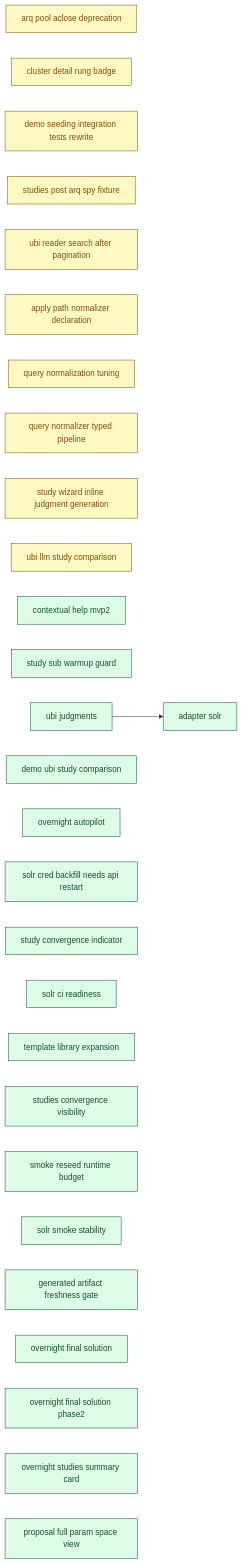
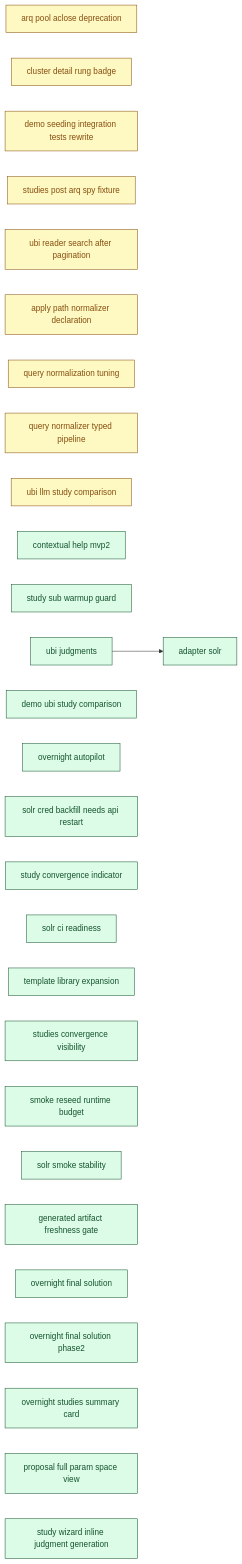
The diagram in docs/00_overview/MVP2_DASHBOARD.md (SoundMindsAI/relyloop), drawn with Mermaid before and after one commit. The commit also changed other lines of this file and 10 other files, not shown here.

First line of the commit message:
docs: finalize feat_study_wizard_inline_judgment_generation (PR #453 merged) (#454)

````diff
--- a/docs/00_overview/MVP2_DASHBOARD.md
+++ b/docs/00_overview/MVP2_DASHBOARD.md
@@ -115,65 +114,65 @@
 ```mermaid
 graph LR
   classDef done fill:#dcfce7,stroke:#14532d,color:#14532d;
   classDef implement fill:#ffedd5,stroke:#9a3412,color:#9a3412;
   classDef plan fill:#fef9c3,stroke:#854d0e,color:#854d0e;
   classDef spec fill:#dbeafe,stroke:#1e40af,color:#1e40af;
   classDef idea fill:#f1f5f9,stroke:#334155,color:#334155;
   chore_arq_pool_aclose_deprecation["arq pool aclose deprecation"]
   class chore_arq_pool_aclose_deprecation plan;
   chore_cluster_detail_rung_badge["cluster detail rung badge"]
   class chore_cluster_detail_rung_badge plan;
   chore_demo_seeding_integration_tests_rewrite["demo seeding integration tests rewrite"]
   class chore_demo_seeding_integration_tests_rewrite plan;
   chore_studies_post_arq_spy_fixture["studies post arq spy fixture"]
   class chore_studies_post_arq_spy_fixture plan;
   chore_ubi_reader_search_after_pagination["ubi reader search after pagination"]
   class chore_ubi_reader_search_after_pagination plan;
   feat_apply_path_normalizer_declaration["apply path normalizer declaration"]
   class feat_apply_path_normalizer_declaration plan;
   feat_query_normalization_tuning["query normalization tuning"]
   class feat_query_normalization_tuning plan;
   feat_query_normalizer_typed_pipeline["query normalizer typed pipeline"]
   class feat_query_normalizer_typed_pipeline plan;
-  feat_study_wizard_inline_judgment_generation["study wizard inline judgment generation"]
-  class feat_study_wizard_inline_judgment_generation plan;
   feat_ubi_llm_study_comparison["ubi llm study comparison"]
   class feat_ubi_llm_study_comparison plan;
   feat_contextual_help_mvp2["contextual help mvp2"]
   class feat_contextual_help_mvp2 done;
   feat_study_sub_warmup_guard["study sub warmup guard"]
   class feat_study_sub_warmup_guard done;
   feat_ubi_judgments["ubi judgments"]
   class feat_ubi_judgments done;
   feat_demo_ubi_study_comparison["demo ubi study comparison"]
   class feat_demo_ubi_study_comparison done;
   feat_overnight_autopilot["overnight autopilot"]
   class feat_overnight_autopilot done;
   infra_adapter_solr["adapter solr"]
   class infra_adapter_solr done;
   chore_solr_cred_backfill_needs_api_restart["solr cred backfill needs api restart"]
   class chore_solr_cred_backfill_needs_api_restart done;
   feat_study_convergence_indicator["study convergence indicator"]
   class feat_study_convergence_indicator done;
   infra_solr_ci_readiness["solr ci readiness"]
   class infra_solr_ci_readiness done;
   chore_template_library_expansion["template library expansion"]
   class chore_template_library_expansion done;
   feat_studies_convergence_visibility["studies convergence visibility"]
   class feat_studies_convergence_visibility done;
   infra_smoke_reseed_runtime_budget["smoke reseed runtime budget"]
   class infra_smoke_reseed_runtime_budget done;
   infra_solr_smoke_stability["solr smoke stability"]
   class infra_solr_smoke_stability done;
   infra_generated_artifact_freshness_gate["generated artifact freshness gate"]
   class infra_generated_artifact_freshness_gate done;
   feat_overnight_final_solution["overnight final solution"]
   class feat_overnight_final_solution done;
   feat_overnight_final_solution_phase2["overnight final solution phase2"]
   class feat_overnight_final_solution_phase2 done;
   feat_overnight_studies_summary_card["overnight studies summary card"]
   class feat_overnight_studies_summary_card done;
   feat_proposal_full_param_space_view["proposal full param space view"]
   class feat_proposal_full_param_space_view done;
+  feat_study_wizard_inline_judgment_generation["study wizard inline judgment generation"]
+  class feat_study_wizard_inline_judgment_generation done;
   feat_ubi_judgments --> infra_adapter_solr
 ```
````
